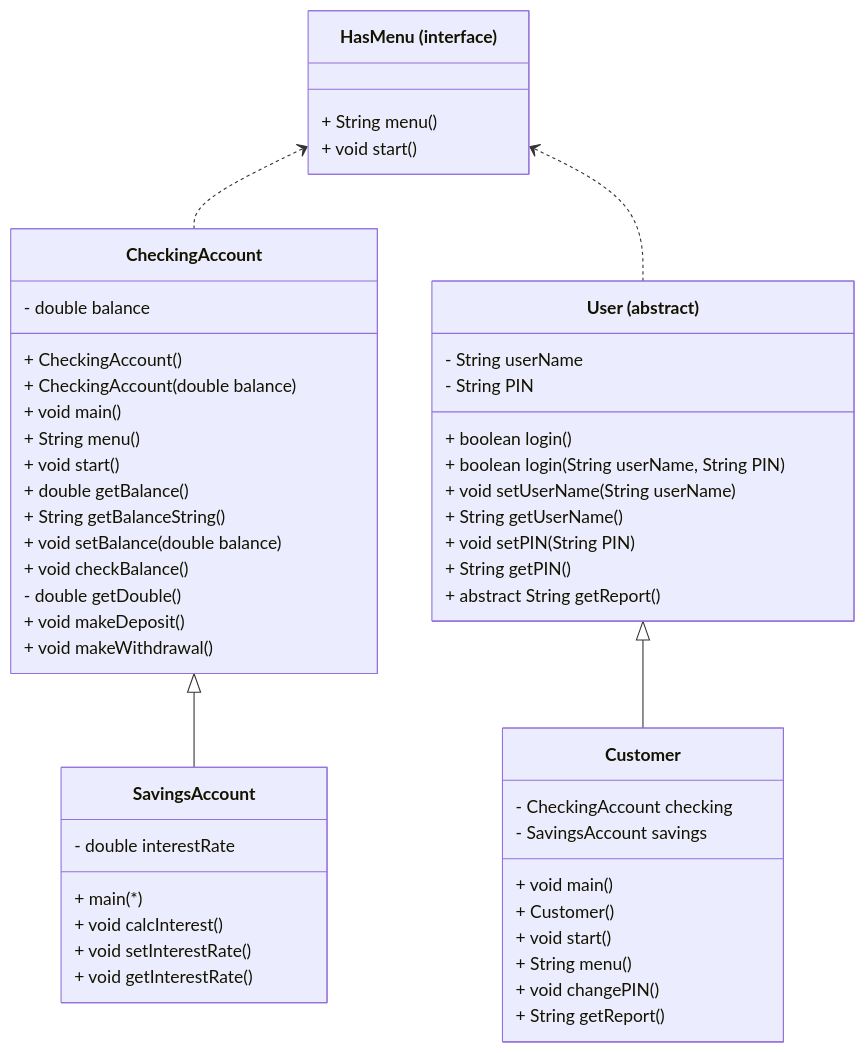
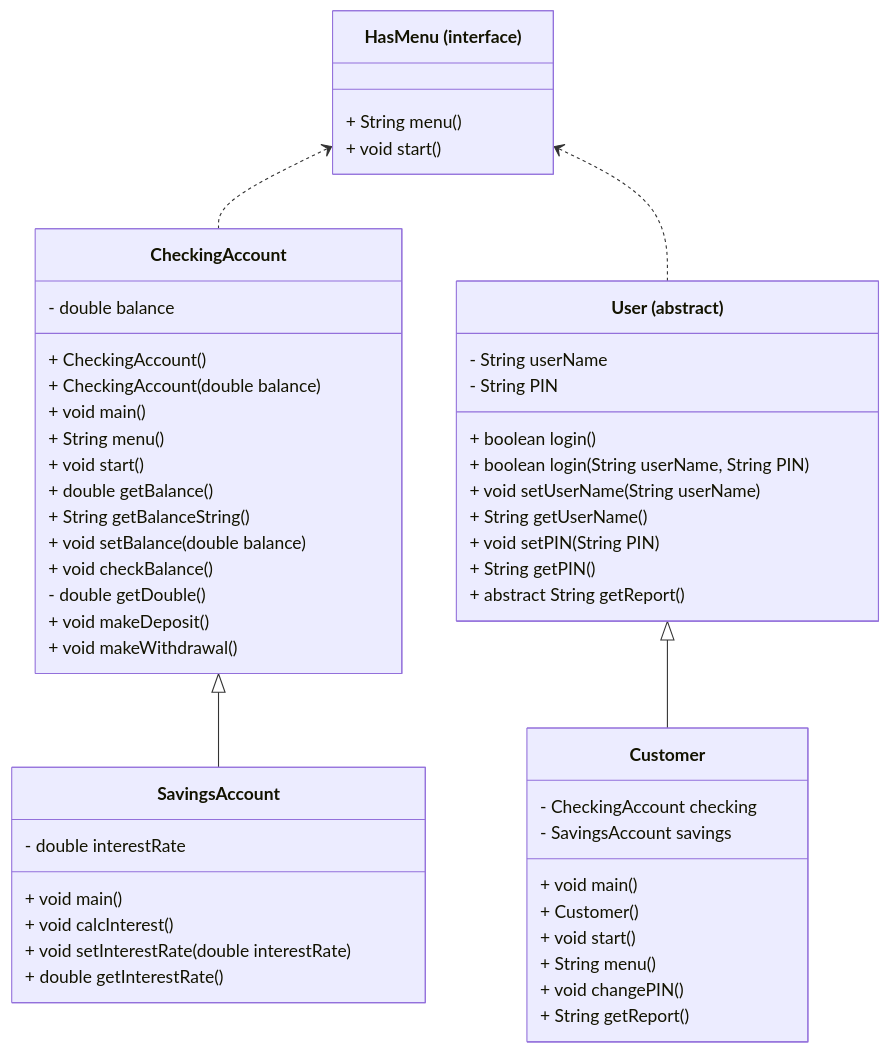
The diagram in README.md (abbykeck/CS121BankOnIt), drawn with Mermaid before and after one commit. The commit also changed other lines of this file and 3 other files, not shown here.

````diff
--- a/README.md
+++ b/README.md
@@ -3,54 +3,54 @@
 ```mermaid
 classDiagram
 class HasMenu["HasMenu (interface)"] {
     + String menu()
     + void start()
 }
 class CheckingAccount {
     - double balance
     + CheckingAccount()
     + CheckingAccount(double balance)
     + void main()
     + String menu()
     + void start()
     + double getBalance()
     + String getBalanceString()
     + void setBalance(double balance)
     + void checkBalance()
     - double getDouble()
     + void makeDeposit()
     + void makeWithdrawal()
 }
 class SavingsAccount {
     - double interestRate
-    + main(*)
+    + void main()
     + void calcInterest()
-    + void setInterestRate()
-    + void getInterestRate()
+    + void setInterestRate(double interestRate)
+    + double getInterestRate()
 }
 class User["User (abstract)"] {
     - String userName
     - String PIN
     + boolean login()
     + boolean login(String userName, String PIN)
     + void setUserName(String userName)
     + String getUserName()
     + void setPIN(String PIN)
     + String getPIN()
     + abstract String getReport()
 }
 class Customer {
     - CheckingAccount checking
     - SavingsAccount savings
     + void main()
     + Customer()
     + void start()
     + String menu()
     + void changePIN()
     + String getReport()
 }
 CheckingAccount <|-- SavingsAccount
 HasMenu <.. CheckingAccount
 HasMenu <.. User
 User <|-- Customer
 ```
````
